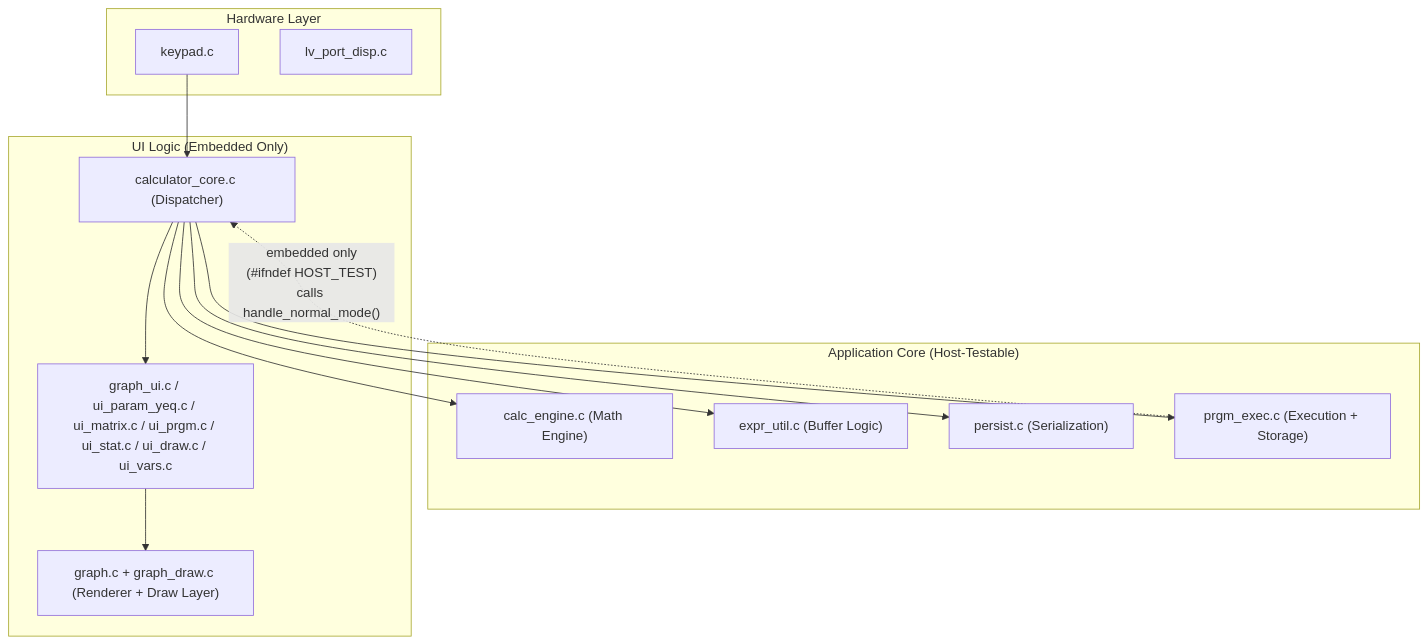
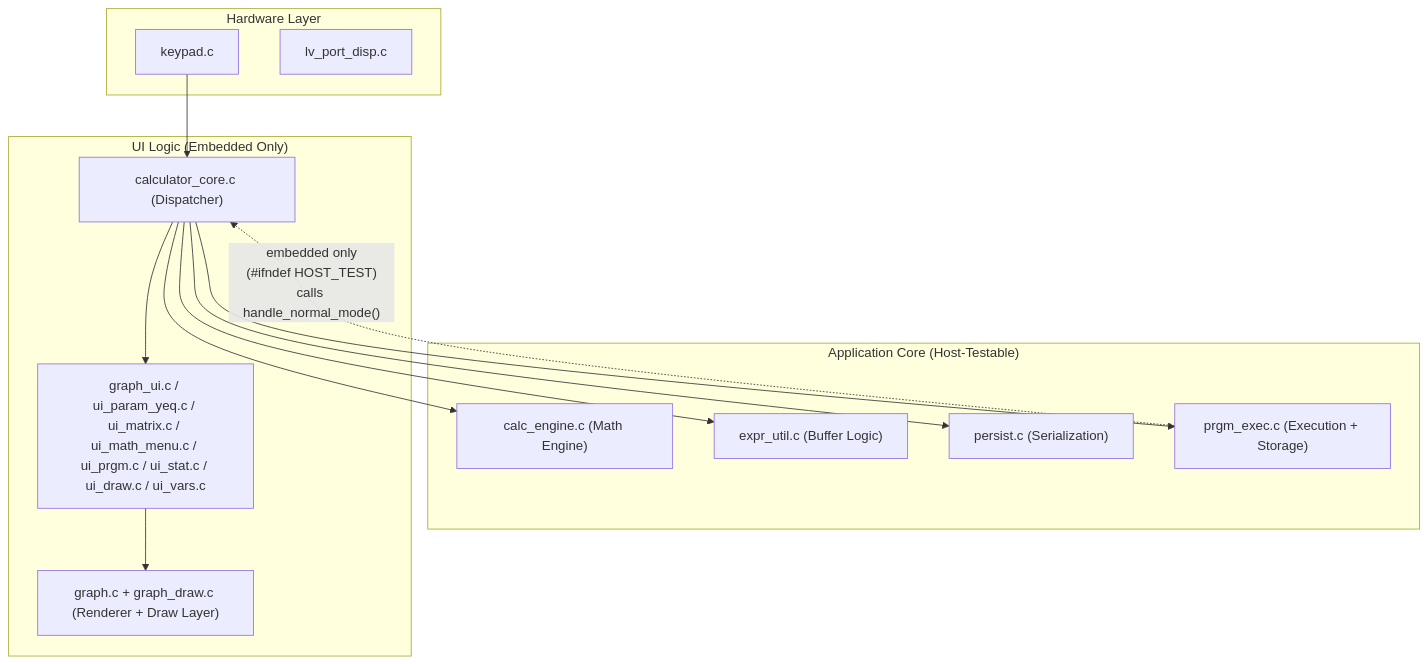
One commit to mndxc/STM32F429-TI81-Calculator changed the second of 2 diagrams in docs/ARCHITECTURE.md. Above: the diagram before and after it, drawn with Mermaid. The commit also changed 12 other files, not shown here.

First line of the commit message:
refactor: extract ui_math_menu.c from calculator_core.c; move DRAW exec to ui_draw.c

````diff
--- a/docs/ARCHITECTURE.md
+++ b/docs/ARCHITECTURE.md
@@ -47,29 +47,29 @@
 ```mermaid
 graph TD
     subgraph "Hardware Layer"
         HW_K["keypad.c"]
         HW_D["lv_port_disp.c"]
     end
 
     subgraph "Application Core (Host-Testable)"
         CE["calc_engine.c (Math Engine)"]
         EU["expr_util.c (Buffer Logic)"]
         PE["persist.c (Serialization)"]
         PRE["prgm_exec.c (Execution + Storage)"]
     end
 
     subgraph "UI Logic (Embedded Only)"
         CC["calculator_core.c (Dispatcher)"]
-        GUI["graph_ui.c / ui_param_yeq.c / ui_matrix.c / ui_prgm.c / ui_stat.c / ui_draw.c / ui_vars.c"]
+        GUI["graph_ui.c / ui_param_yeq.c / ui_matrix.c / ui_math_menu.c / ui_prgm.c / ui_stat.c / ui_draw.c / ui_vars.c"]
         G["graph.c + graph_draw.c (Renderer + Draw Layer)"]
     end
 
     HW_K --> CC
     CC --> GUI
     CC --> CE
     CC --> EU
     CC --> PE
     CC --> PRE
     GUI --> G
     PRE -. "embedded only\n(#ifndef HOST_TEST)\ncalls handle_normal_mode()" .-> CC
 ```
````
